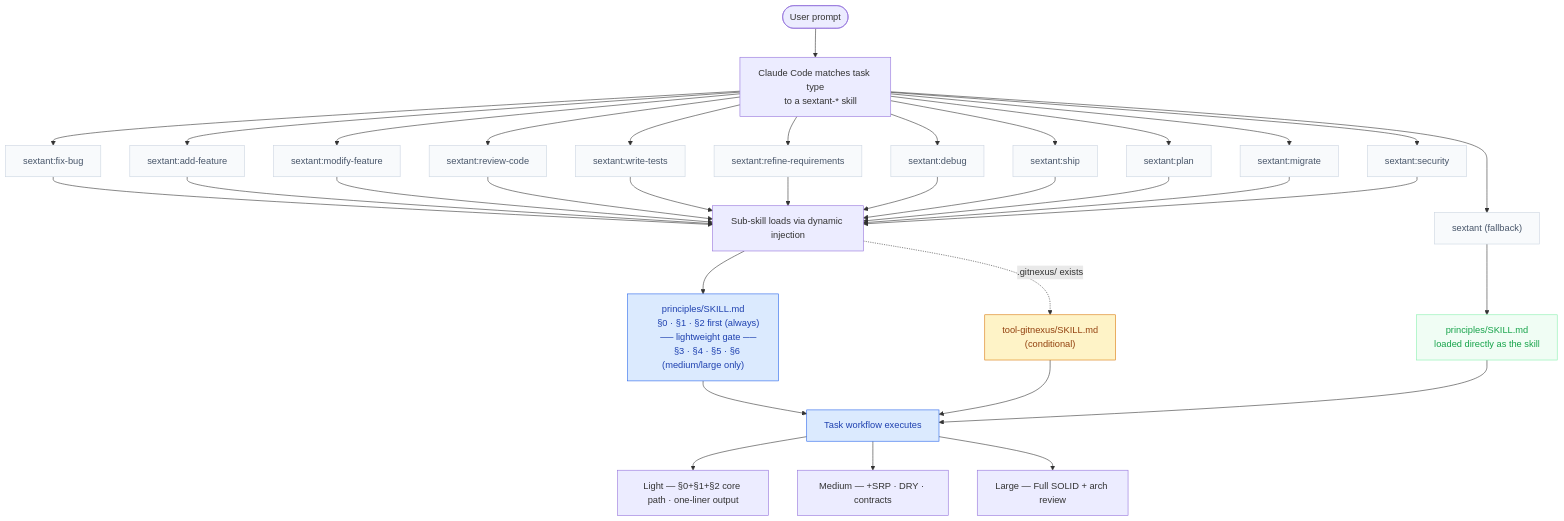
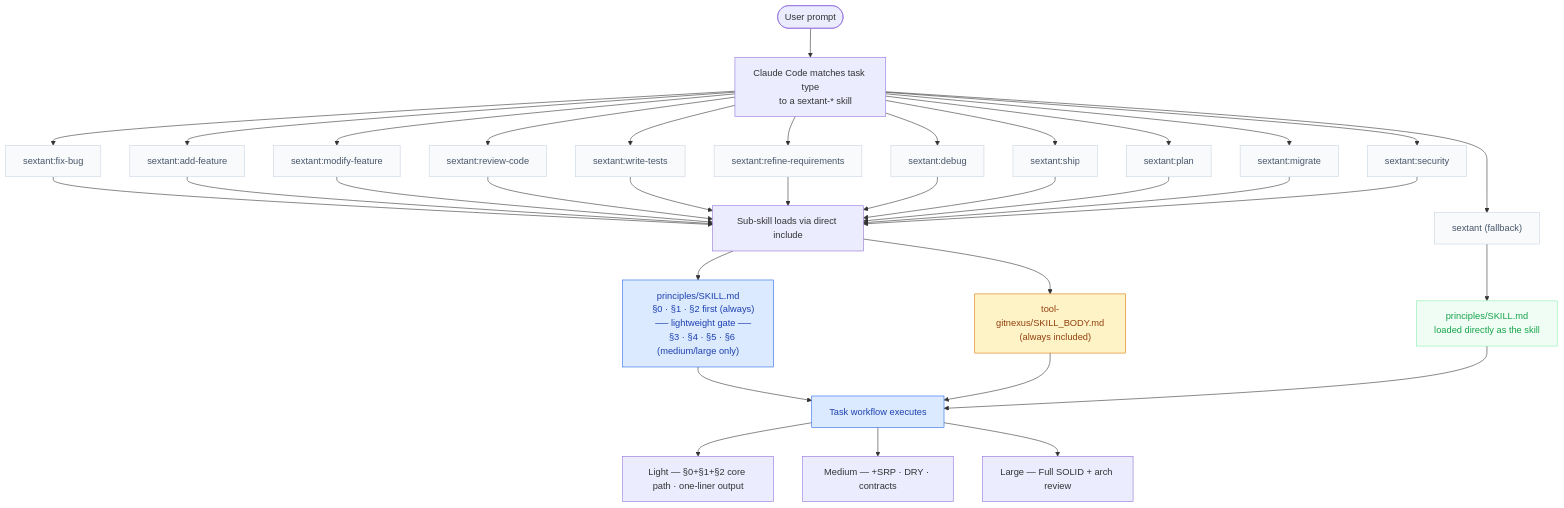
Before and after one commit to hellotern/Sextant: the diagram in README.md, drawn with Mermaid. The commit also changed other lines of this file and 19 other files, not shown here.

````diff
--- a/README.md
+++ b/README.md
@@ -60,58 +60,58 @@
 ```mermaid
 flowchart TD
     A(["User prompt"]) --> B
 
     B["Claude Code matches task type
     to a sextant-* skill"]
     B --> R1["sextant:fix-bug"]
     B --> R2["sextant:add-feature"]
     B --> R3["sextant:modify-feature"]
     B --> R4["sextant:review-code"]
     B --> R5["sextant:write-tests"]
     B --> R6["sextant:refine-requirements"]
     B --> R8["sextant:debug"]
     B --> R9["sextant:ship"]
     B --> R10["sextant:plan"]
     B --> R11["sextant:migrate"]
     B --> R12["sextant:security"]
     B --> R7["sextant (fallback)"]
 
     R1 --> C
     R2 --> C
     R3 --> C
     R4 --> C
     R5 --> C
     R6 --> C
     R8 --> C
     R9 --> C
     R10 --> C
     R11 --> C
     R12 --> C
     R7 --> F["principles/SKILL.md
     loaded directly as the skill"]
 
-    C["Sub-skill loads via dynamic injection"]
+    C["Sub-skill loads via direct include"]
     C --> P["principles/SKILL.md
     §0 · §1 · §2 first (always)
     ── lightweight gate ──
     §3 · §4 · §5 · §6 (medium/large only)"]
-    C -.->|.gitnexus/ exists| GN["tool-gitnexus/SKILL.md
-    (conditional)"]
+    C --> GN["tool-gitnexus/SKILL_BODY.md
+    (always included)"]
     P --> D["Task workflow executes"]
     GN --> D
     F --> D
 
     D --> S1["Light — §0+§1+§2 core path · one-liner output"]
     D --> S2["Medium — +SRP · DRY · contracts"]
     D --> S3["Large — Full SOLID + arch review"]
 
     classDef skill       fill:#f8fafc,stroke:#cbd5e1,color:#475569
     classDef inject      fill:#dbeafe,stroke:#2563eb,color:#1e40af
     classDef conditional fill:#fef3c7,stroke:#d97706,color:#92400e
     classDef fallback    fill:#f0fdf4,stroke:#86efac,color:#16a34a
 
     class R1,R2,R3,R4,R5,R6,R7,R8,R9,R10,R11,R12 skill
     class P,D inject
     class GN conditional
     class F fallback
 ```
````
